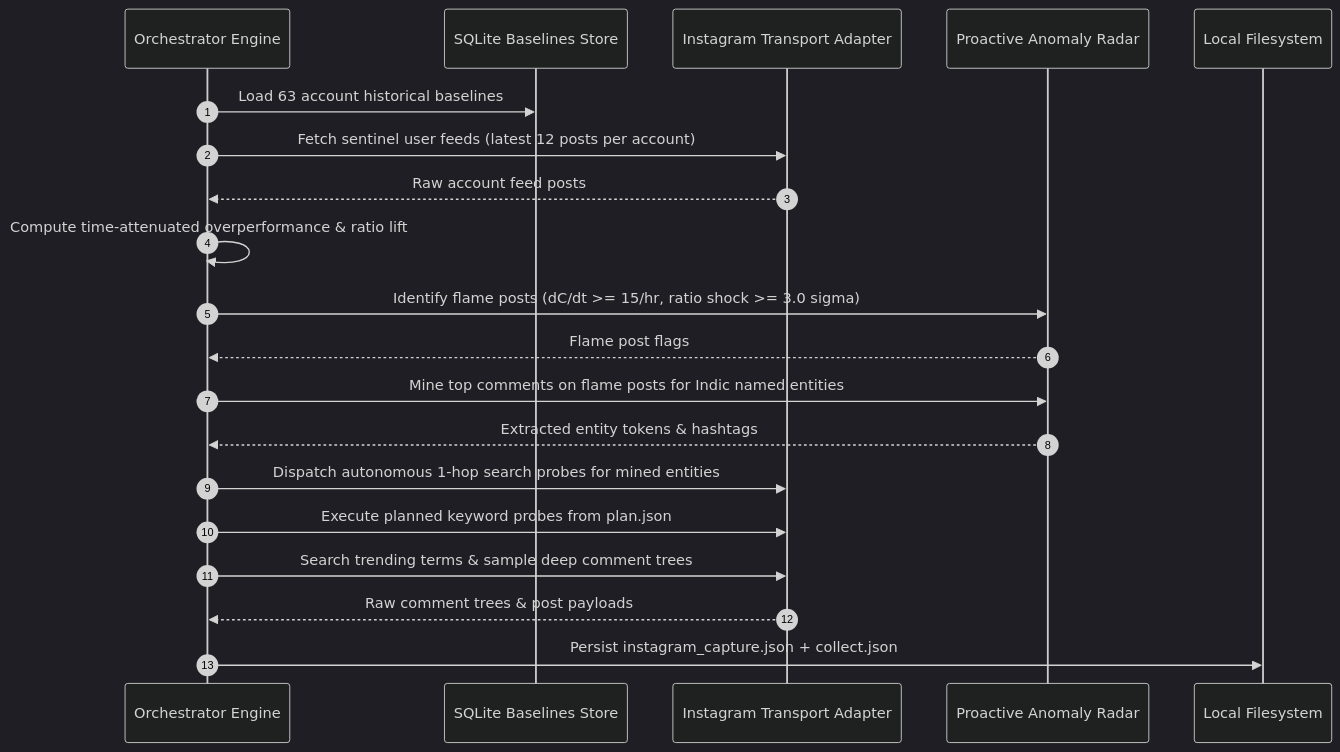
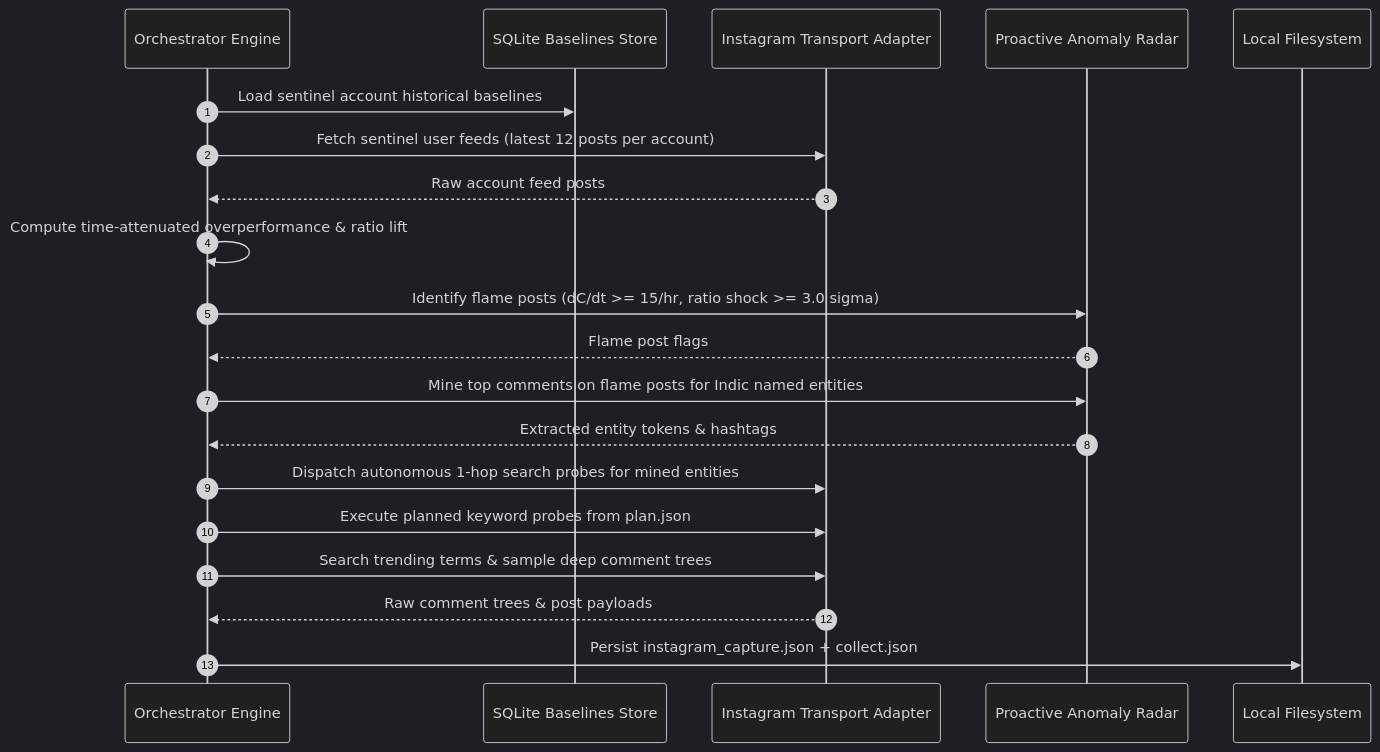
One commit to shankha06/identify-what-matters changed diagram 17 of 20 in docs/ARCHITECTURE.md. Above: the diagram before and after it, drawn with Mermaid (dark theme). The commit also changed other lines of this file and 72 other files, not shown here.

````diff
--- a/docs/ARCHITECTURE.md
+++ b/docs/ARCHITECTURE.md
@@ -732,23 +885,23 @@
 ```mermaid
 sequenceDiagram
     autonumber
     participant CLI as Orchestrator Engine
     participant DB as SQLite Baselines Store
     participant IG as Instagram Transport Adapter
     participant RADAR as Proactive Anomaly Radar
     participant FS as Local Filesystem
 
-    CLI->>DB: Load 63 account historical baselines
+    CLI->>DB: Load sentinel account historical baselines
     CLI->>IG: Fetch sentinel user feeds (latest 12 posts per account)
     IG-->>CLI: Raw account feed posts
     CLI->>CLI: Compute time-attenuated overperformance & ratio lift
     CLI->>RADAR: Identify flame posts (dC/dt >= 15/hr, ratio shock >= 3.0 sigma)
     RADAR-->>CLI: Flame post flags
     CLI->>RADAR: Mine top comments on flame posts for Indic named entities
     RADAR-->>CLI: Extracted entity tokens & hashtags
     CLI->>IG: Dispatch autonomous 1-hop search probes for mined entities
     CLI->>IG: Execute planned keyword probes from plan.json
     CLI->>IG: Search trending terms & sample deep comment trees
     IG-->>CLI: Raw comment trees & post payloads
     CLI->>FS: Persist instagram_capture.json + collect.json
 ```
````
